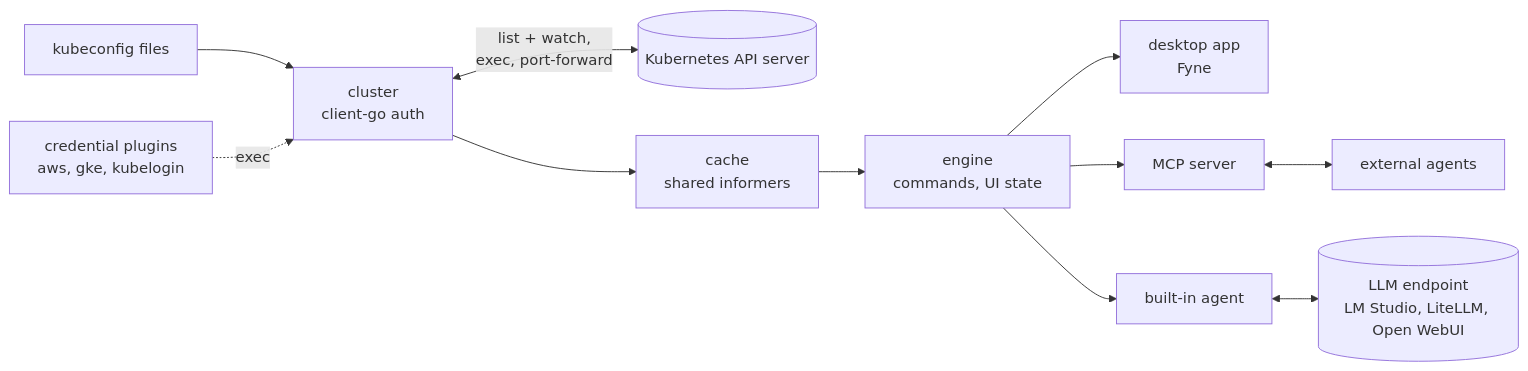
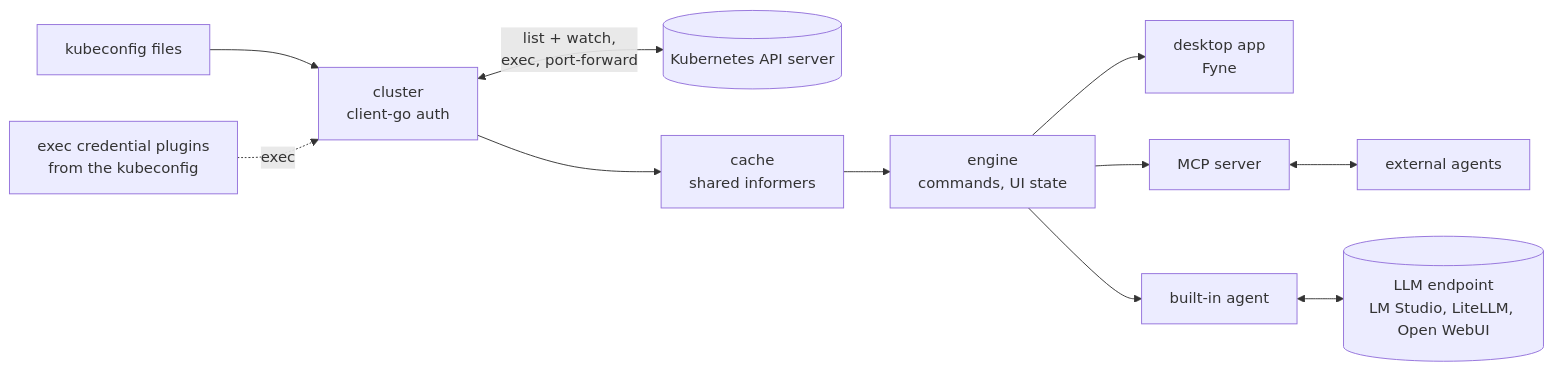
The diagram in docs/developer/README.md (guided-traffic/cogpit), drawn with Mermaid before and after one commit. The commit also changed 11 other files, not shown here.

First line of the commit message:
docs: the cloud providers' credential plugins and cloud integrations not a target [skip ci]

````diff
--- a/docs/developer/README.md
+++ b/docs/developer/README.md
@@ -109,13 +109,13 @@
 ```mermaid
 flowchart LR
   K[kubeconfig files] --> CL[cluster<br/>client-go auth]
-  P[credential plugins<br/>aws, gke, kubelogin] -. exec .-> CL
+  P[exec credential plugins<br/>from the kubeconfig] -. exec .-> CL
   CL <-->|list + watch,<br/>exec, port-forward| API[(Kubernetes API server)]
   CL --> C[cache<br/>shared informers]
   C --> E[engine<br/>commands, UI state]
   E --> UI[desktop app<br/>Fyne]
   E --> M[MCP server]
   M <--> X[external agents]
   E --> AG[built-in agent]
   AG <--> L[(LLM endpoint<br/>LM Studio, LiteLLM, Open WebUI)]
 ```
````
